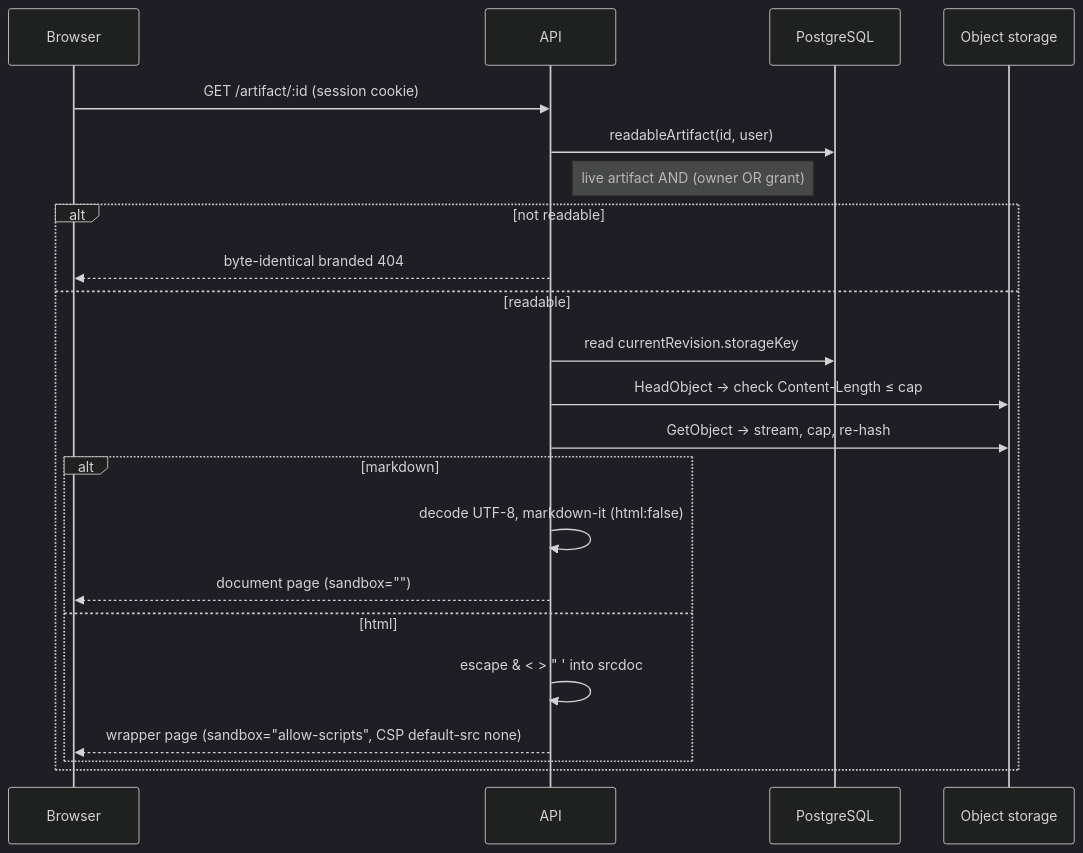
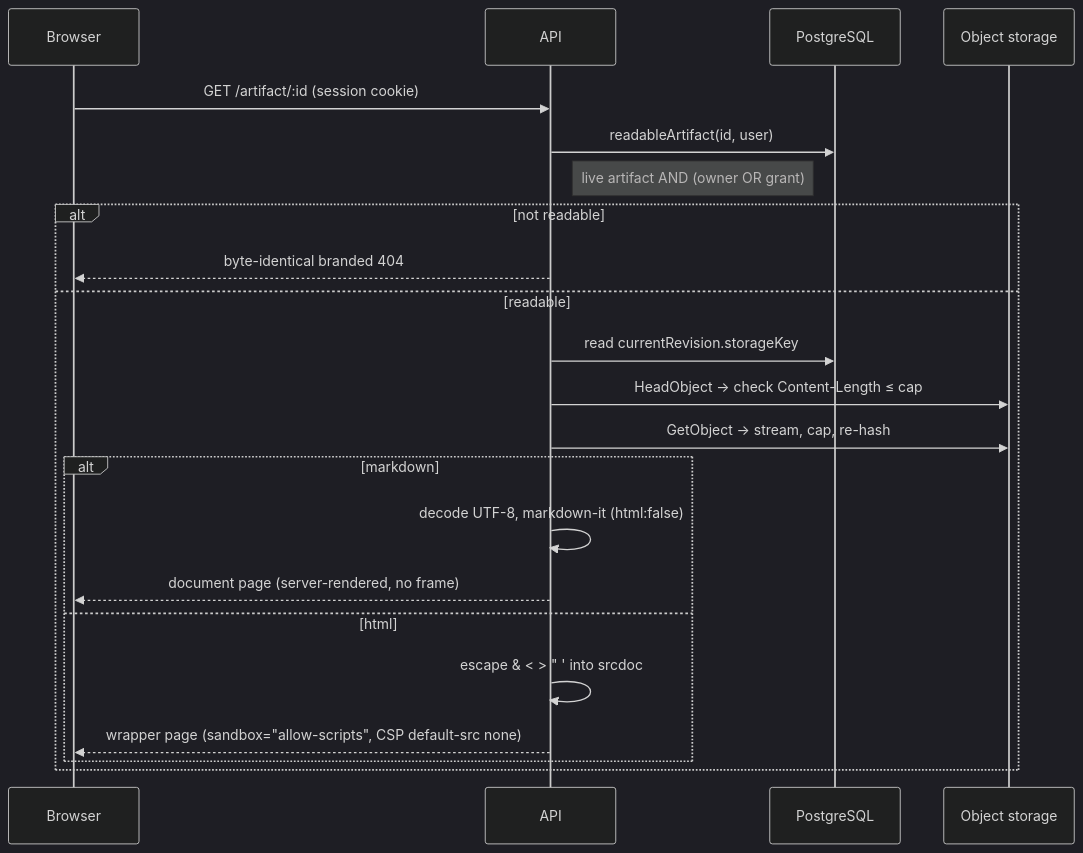
One commit to guidobuilds/artiflow changed the fourth of 5 diagrams in docs/architecture/flows.md. Above: the diagram before and after it, drawn with Mermaid (dark theme). The commit also changed other lines of this file and 11 other files, not shown here.

````diff
--- a/docs/architecture/flows.md
+++ b/docs/architecture/flows.md
@@ -135,25 +135,25 @@
 ```mermaid
 sequenceDiagram
   participant B as Browser
   participant A as API
   participant DB as PostgreSQL
   participant S3 as Object storage
 
   B->>A: GET /artifact/:id (session cookie)
   A->>DB: readableArtifact(id, user)
   Note right of A: live artifact AND (owner OR grant)
   alt not readable
     A-->>B: byte-identical branded 404
   else readable
     A->>DB: read currentRevision.storageKey
     A->>S3: HeadObject → check Content-Length ≤ cap
     A->>S3: GetObject → stream, cap, re-hash
     alt markdown
       A->>A: decode UTF-8, markdown-it (html:false)
-      A-->>B: document page (sandbox="")
+      A-->>B: document page (server-rendered, no frame)
     else html
       A->>A: escape & < > " ' into srcdoc
       A-->>B: wrapper page (sandbox="allow-scripts", CSP default-src none)
     end
   end
 ```
````
